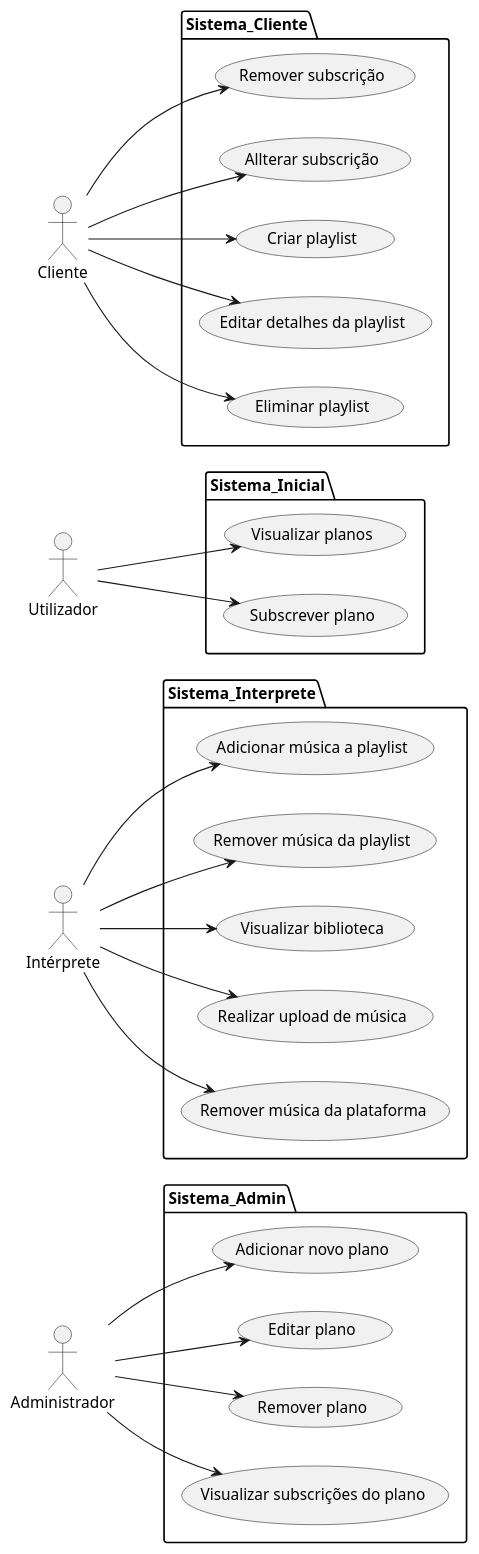
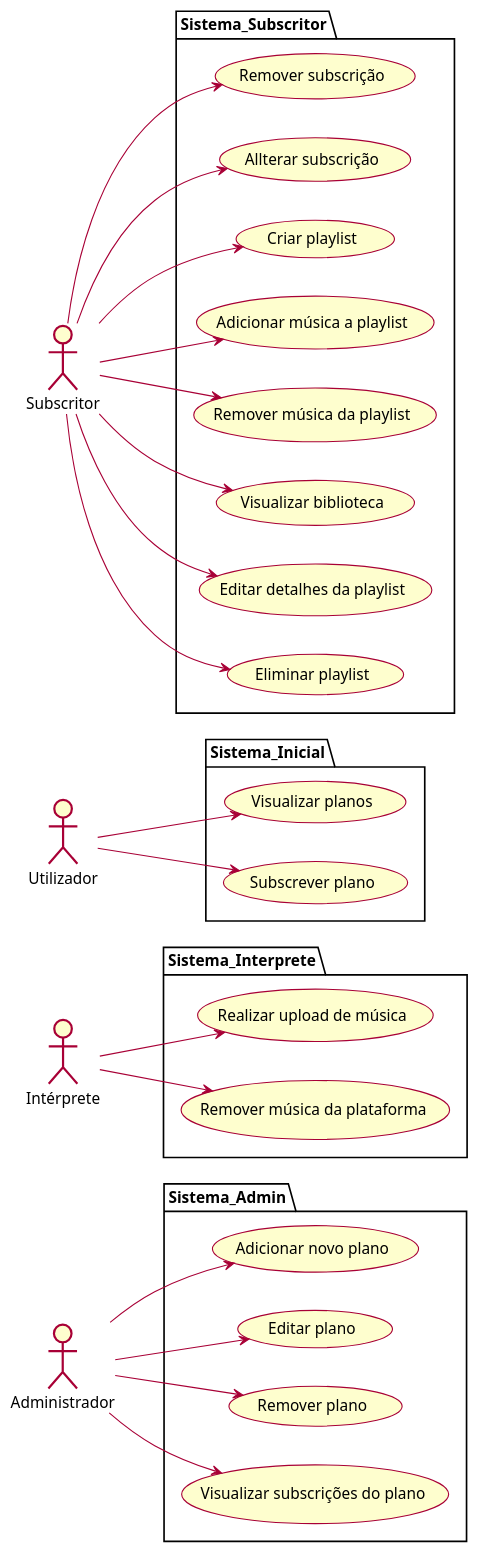
Before and after one commit to 50sara50/desofs2024_M1A_1201461_1190497_1191053_1191061: the diagram in Diagramas/UseCases.puml, drawn with PlantUML. The commit also changed 3 other files, not shown here.

Commit message:
Atualização do modelo de domínio e do diagrama de casos de uso.

```diff
--- a/Diagramas/UseCases.puml
+++ b/Diagramas/UseCases.puml
@@ -1,60 +1,62 @@
 @startuml
 'https://plantuml.com/use-case-diagram
 left to right direction
+skin rose
+skinparam shadowing false
 
 :Administrador: as Admin
 
 :Intérprete: as Artist
 
 :Utilizador: as User
 
-:Cliente: as Client
+:Subscritor: as Client
 
 package Sistema_Inicial {
     (Visualizar planos) as UC1
     (Subscrever plano) as UC2
 }
 
-package Sistema_Cliente{
+package Sistema_Subscritor{
     (Remover subscrição) as UC3
     (Allterar subscrição) as UC4
     (Criar playlist) as UC5
+    (Adicionar música a playlist) as UC8
+    (Remover música da playlist) as UC9
+    (Visualizar biblioteca) as UC10
     (Editar detalhes da playlist) as UC6
     (Eliminar playlist) as UC7
 }
 
 package Sistema_Interprete{
-    (Adicionar música a playlist) as UC8
-    (Remover música da playlist) as UC9
-    (Visualizar biblioteca) as UC10
     (Realizar upload de música) as UC11
     (Remover música da plataforma) as UC12
 }
 
 package Sistema_Admin{
  (Adicionar novo plano) as UC13
     (Editar plano) as UC14
     (Remover plano) as UC15
     (Visualizar subscrições do plano) as UC16
 }
 
 User --> UC1
 User --> UC2
 
 Client --> UC3
 Client --> UC4
 Client --> UC5
 Client --> UC6
 Client --> UC7
+Client --> UC8
+Client --> UC9
+Client --> UC10
 
-Artist --> UC8
-Artist --> UC9
-Artist --> UC10
 Artist --> UC11
 Artist --> UC12
 
 Admin --> UC13
 Admin --> UC14
 Admin --> UC15
 Admin --> UC16
 @enduml
```
